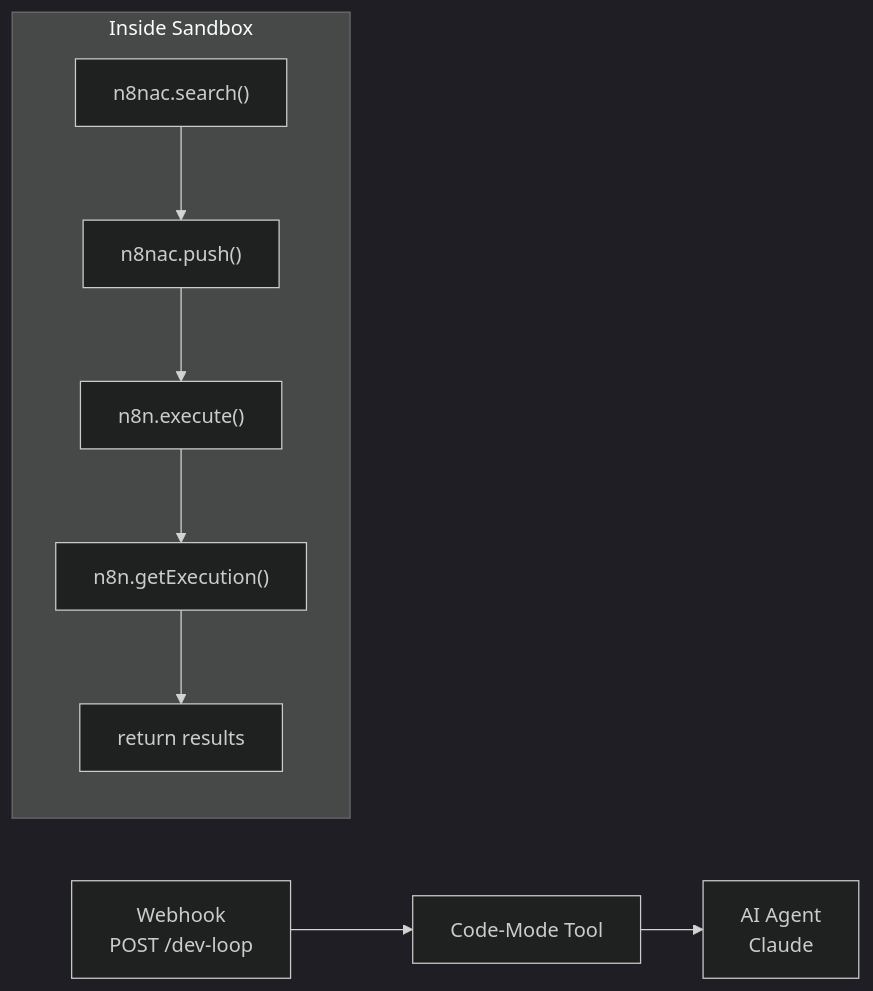
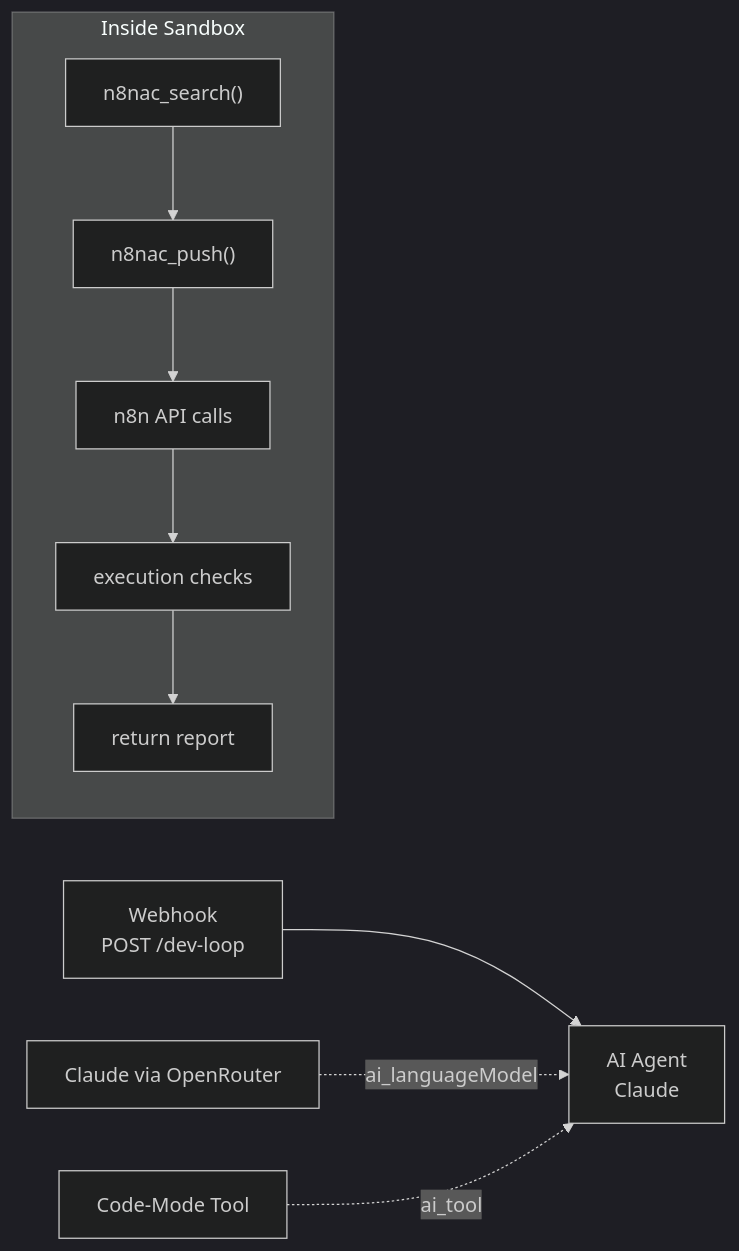
One commit to mj-deving/code-first-n8n changed the diagram in workflows/agents/04-dev-loop/README.md. Above: the diagram before and after it, drawn with Mermaid (dark theme). The commit also changed other lines of this file and 3 other files, not shown here.

````diff
--- a/workflows/agents/04-dev-loop/README.md
+++ b/workflows/agents/04-dev-loop/README.md
@@ -16,12 +16,13 @@
 ```mermaid
 graph LR
-    A["Webhook<br/>POST /dev-loop"] --> B["Code-Mode Tool"]
-    B --> C["AI Agent<br/>Claude"]
+    A["Webhook<br/>POST /dev-loop"] --> D["AI Agent<br/>Claude"]
+    B["Claude via OpenRouter"] -. ai_languageModel .-> D
+    C["Code-Mode Tool"] -. ai_tool .-> D
 
     subgraph "Inside Sandbox"
-        D["n8nac.search()"] --> E["n8nac.push()"]
-        E --> F["n8n.execute()"]
-        F --> G["n8n.getExecution()"]
-        G --> H["return results"]
+        E["n8nac_search()"] --> F["n8nac_push()"]
+        F --> G["n8n API calls"]
+        G --> H["execution checks"]
+        H --> I["return report"]
     end
 ```
````
